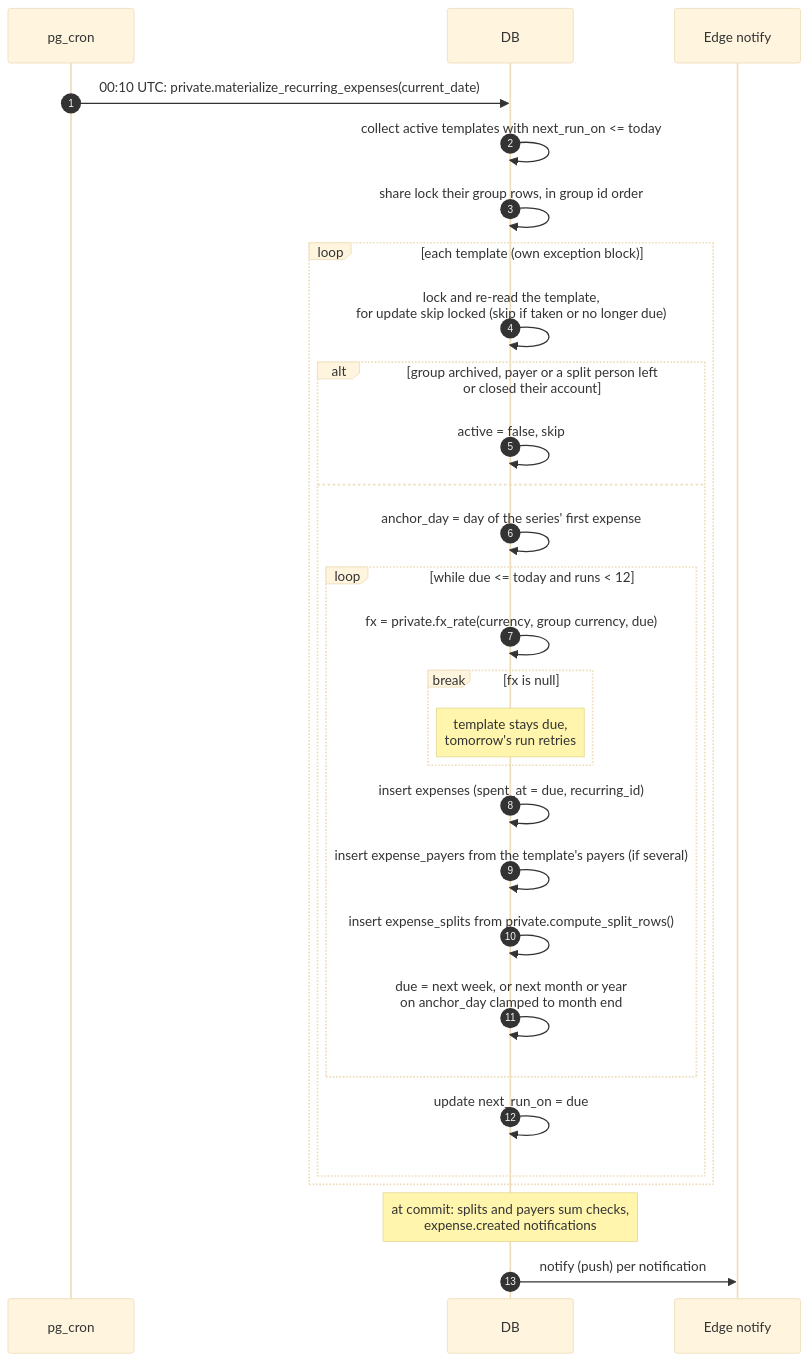
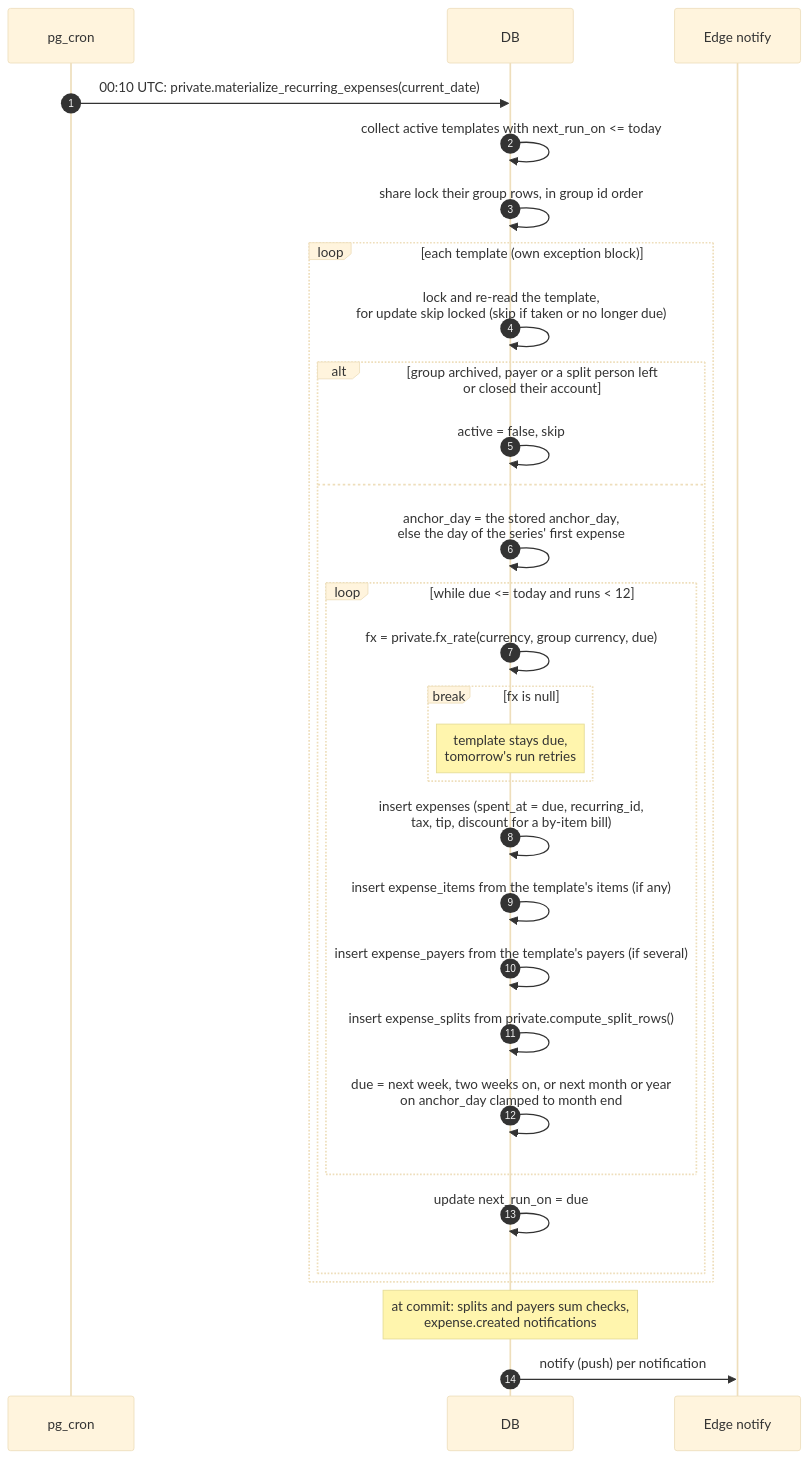
Diagram 13 of 19 in docs/sequences.md (Fermulate/potluck), drawn with Mermaid (base theme) before and after one commit. The commit also changed other lines of this file and 7 other files, not shown here.

````diff
--- a/docs/sequences.md
+++ b/docs/sequences.md
@@ -417,32 +417,33 @@
 ```mermaid
 sequenceDiagram
   autonumber
   participant CR as pg_cron
   participant DB as DB
   participant E as Edge notify
 
   CR->>DB: 00:10 UTC: private.materialize_recurring_expenses(current_date)
   DB->>DB: collect active templates with next_run_on <= today
   DB->>DB: share lock their group rows, in group id order
   loop each template (own exception block)
     DB->>DB: lock and re-read the template,<br/>for update skip locked (skip if taken or no longer due)
     alt group archived, payer or a split person left<br/>or closed their account
       DB->>DB: active = false, skip
     else
-      DB->>DB: anchor_day = day of the series' first expense
+      DB->>DB: anchor_day = the stored anchor_day,<br/>else the day of the series' first expense
       loop while due <= today and runs < 12
         DB->>DB: fx = private.fx_rate(currency, group currency, due)
         break fx is null
           Note over DB: template stays due,<br/>tomorrow's run retries
         end
-        DB->>DB: insert expenses (spent_at = due, recurring_id)
+        DB->>DB: insert expenses (spent_at = due, recurring_id,<br/>tax, tip, discount for a by-item bill)
+        DB->>DB: insert expense_items from the template's items (if any)
         DB->>DB: insert expense_payers from the template's payers (if several)
         DB->>DB: insert expense_splits from private.compute_split_rows()
-        DB->>DB: due = next week, or next month or year<br/>on anchor_day clamped to month end
+        DB->>DB: due = next week, two weeks on, or next month or year<br/>on anchor_day clamped to month end
       end
       DB->>DB: update next_run_on = due
     end
   end
   Note over DB: at commit: splits and payers sum checks,<br/>expense.created notifications
   DB->>E: notify (push) per notification
 ```
````
